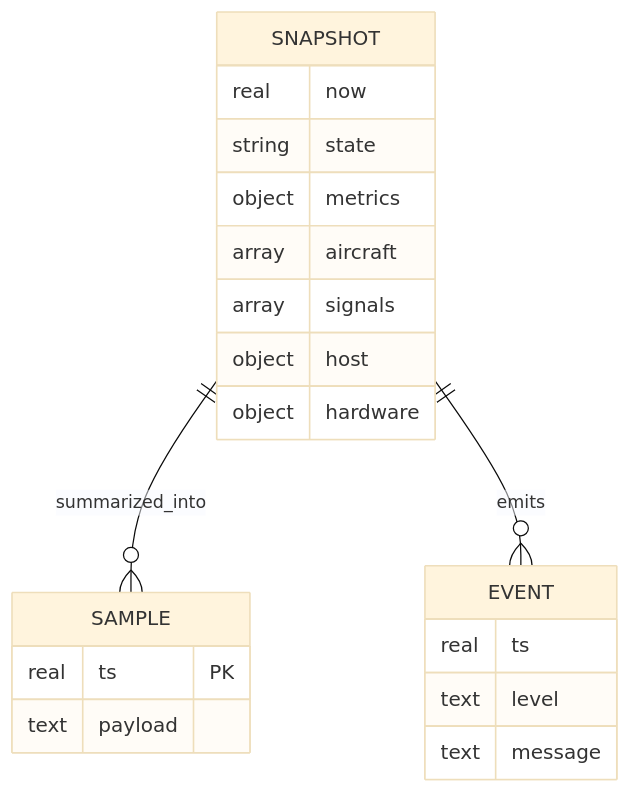
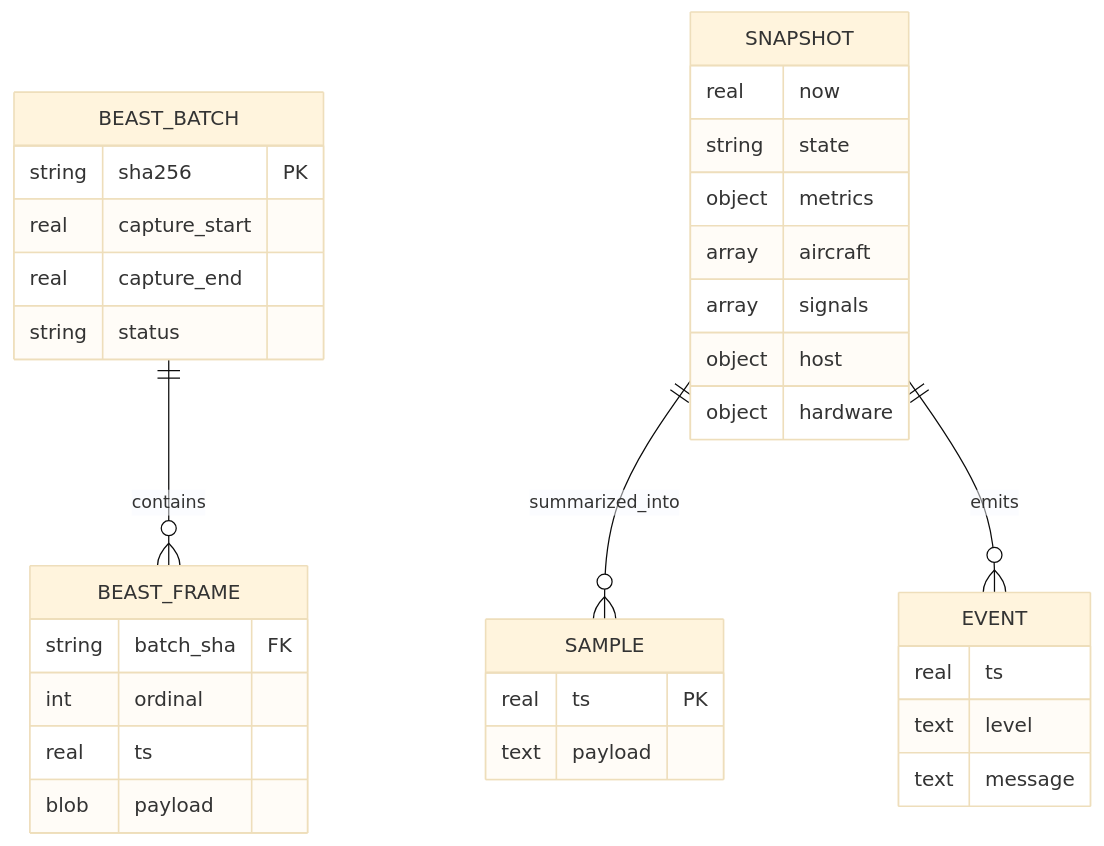
Before and after one commit to ramideltoro/antenna_observatory: the fifth of 5 diagrams in wiki-site/docs/architecture.md, drawn with Mermaid (base theme). The commit also changed other lines of this file and 16 other files, not shown here.

````diff
--- a/wiki-site/docs/architecture.md
+++ b/wiki-site/docs/architecture.md
@@ -105,23 +113,36 @@
 ```mermaid
 erDiagram
     SAMPLE {
       real ts PK
       text payload
     }
     EVENT {
       real ts
       text level
       text message
+    }
+    BEAST_BATCH {
+      string sha256 PK
+      real capture_start
+      real capture_end
+      string status
+    }
+    BEAST_FRAME {
+      string batch_sha FK
+      int ordinal
+      real ts
+      blob payload
     }
     SNAPSHOT {
       real now
       string state
       object metrics
       array aircraft
       array signals
       object host
       object hardware
     }
     SNAPSHOT ||--o{ SAMPLE : summarized_into
     SNAPSHOT ||--o{ EVENT : emits
+    BEAST_BATCH ||--o{ BEAST_FRAME : contains
 ```
````
